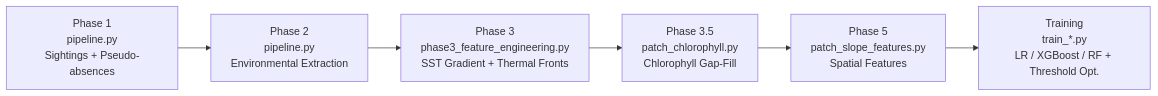
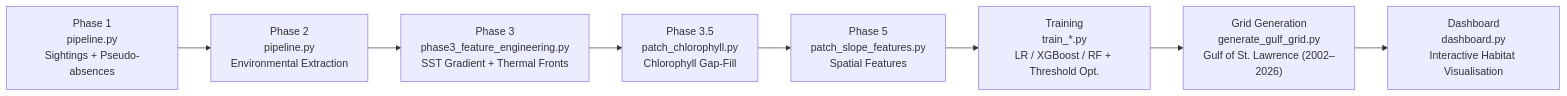
Before and after one commit to ParthB21/WhaleGuard_RBC_LSI: the diagram in README.md, drawn with Mermaid. The commit also changed other lines of this file and 9 other files, not shown here.

````diff
--- a/README.md
+++ b/README.md
@@ -61,8 +63,10 @@
 ```mermaid
 graph LR
     A["Phase 1<br/>pipeline.py<br/>Sightings + Pseudo-absences"] --> B["Phase 2<br/>pipeline.py<br/>Environmental Extraction"]
     B --> C["Phase 3<br/>phase3_feature_engineering.py<br/>SST Gradient + Thermal Fronts"]
     C --> D["Phase 3.5<br/>patch_chlorophyll.py<br/>Chlorophyll Gap-Fill"]
     D --> E["Phase 5<br/>patch_slope_features.py<br/>Spatial Features"]
     E --> F["Training<br/>train_*.py<br/>LR / XGBoost / RF + Threshold Opt."]
+    F --> G["Grid Generation<br/>generate_gulf_grid.py<br/>Gulf of St. Lawrence (2002–2026)"]
+    G --> H["Dashboard<br/>dashboard.py<br/>Interactive Habitat Visualisation"]
 ```
````
